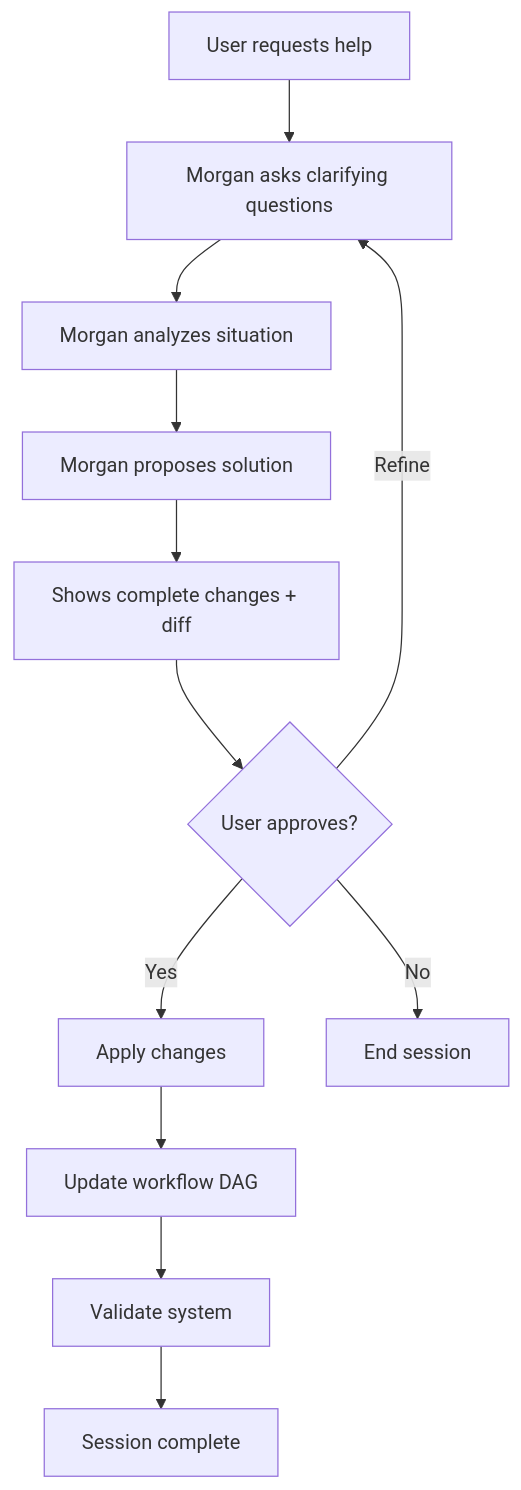
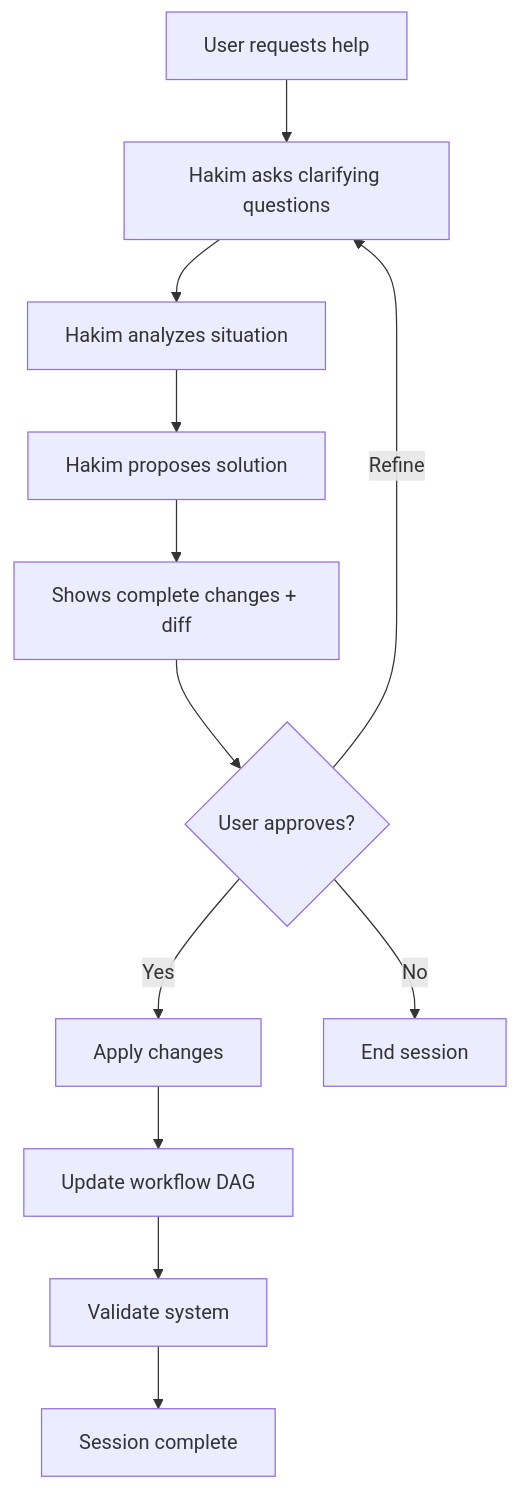
Before and after one commit to dosht/claude-team: the diagram in new_team/commands/manager.md, drawn with Mermaid. The commit also changed other lines of this file and 6 other files, not shown here.

````diff
--- a/new_team/commands/manager.md
+++ b/new_team/commands/manager.md
@@ -289,14 +289,14 @@
 ```mermaid
 graph TB
-  A[User requests help] --> B[Morgan asks clarifying questions]
-  B --> C[Morgan analyzes situation]
-  C --> D[Morgan proposes solution]
+  A[User requests help] --> B[Hakim asks clarifying questions]
+  B --> C[Hakim analyzes situation]
+  C --> D[Hakim proposes solution]
   D --> E[Shows complete changes + diff]
   E --> F{User approves?}
   F -->|Yes| G[Apply changes]
   F -->|Refine| B
   F -->|No| H[End session]
   G --> I[Update workflow DAG]
   I --> J[Validate system]
   J --> K[Session complete]
 ```
````
